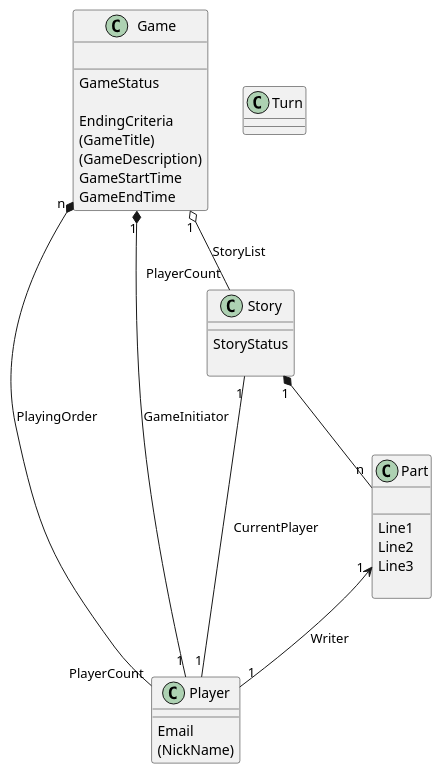
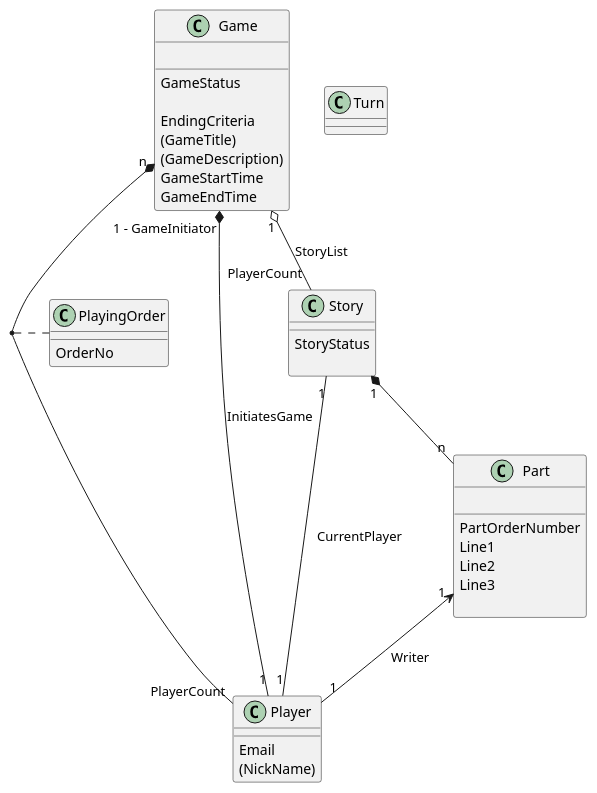
Before and after one commit to teemukin65/tarinapeli_s: the diagram in doc/tarinapeli_concepts.puml, drawn with PlantUML. The commit also changed 1 other file, not shown here.

Commit message:
PlayingOrder relation and .png class diagram added

```diff
--- a/doc/tarinapeli_concepts.puml
+++ b/doc/tarinapeli_concepts.puml
@@ -1,56 +1,64 @@
 @startuml
 
 
 class Game {
 
 __
 GameStatus
 
 EndingCriteria
 (GameTitle)
 (GameDescription)
 GameStartTime
 GameEndTime
  }
 
-Game "n" *-- "PlayerCount" Player: PlayingOrder
+Game "n" *-- "PlayerCount" Player
+(Game, Player) .. PlayingOrder
 
-Game "1" *-- "1" Player: GameInitiator
+
+class PlayingOrder {
+__
+OrderNo
+}
+
+Game "1 - GameInitiator" *-- "1" Player: InitiatesGame
 
 Game "1" o-- "PlayerCount" Story: StoryList
 
 class Player {
 __
 Email
 (NickName)
 }
 
 
 class Story {
 ___
 StoryStatus
 
 }
 
 Story "1"--"1" Player: CurrentPlayer
 
 
 Story "1" *-- "n" Part
 class Part {
 
 __
+PartOrderNumber
 Line1
 Line2
 Line3
 
 }
 
 Part "1" <-- "1" Player : Writer
 
 class Turn {
 
 }
 
 
 
 @enduml
```
